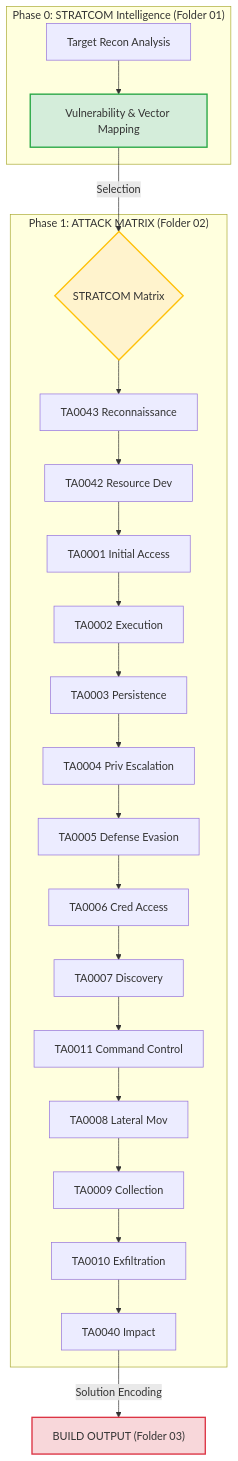
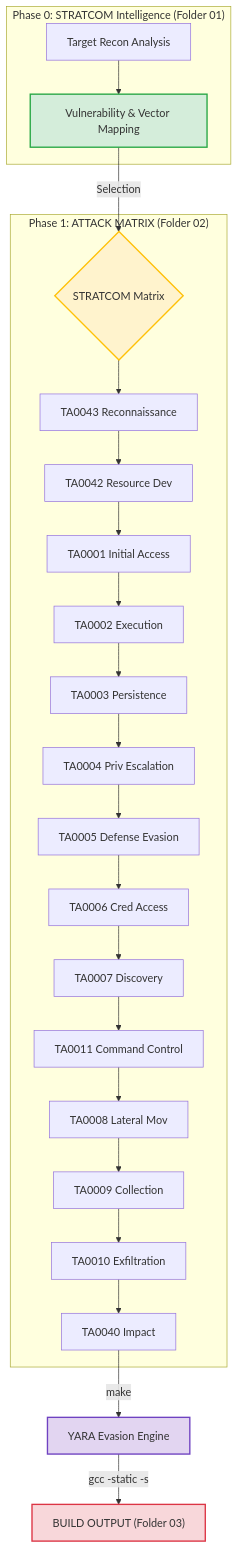
One commit to j3susangar1ca/infraestructura changed the diagram in README.md. Above: the diagram before and after it, drawn with Mermaid. The commit also changed other lines of this file, not shown here.

````diff
--- a/README.md
+++ b/README.md
@@ -25,31 +26,33 @@
 ```mermaid
 graph TD
     subgraph "Phase 0: STRATCOM Intelligence (Folder 01)"
         A1[Target Recon Analysis] --> A2["Vulnerability & Vector Mapping"]
     end
 
     A2 -->|Selection| B{"STRATCOM Matrix"}
 
     subgraph "Phase 1: ATTACK MATRIX (Folder 02)"
         B --> TA43["TA0043 Reconnaissance"]
         TA43 --> TA42["TA0042 Resource Dev"]
         TA42 --> TA01["TA0001 Initial Access"]
         TA01 --> TA02["TA0002 Execution"]
         TA02 --> TA03["TA0003 Persistence"]
         TA03 --> TA04["TA0004 Priv Escalation"]
         TA04 --> TA05["TA0005 Defense Evasion"]
         TA05 --> TA06["TA0006 Cred Access"]
         TA06 --> TA07["TA0007 Discovery"]
         TA07 --> TA11["TA0011 Command Control"]
         TA11 --> TA08["TA0008 Lateral Mov"]
         TA08 --> TA09["TA0009 Collection"]
         TA09 --> TA10["TA0010 Exfiltration"]
         TA10 --> TA40["TA0040 Impact"]
     end
 
-    TA40 -->|Solution Encoding| C["BUILD OUTPUT (Folder 03)"]
+    TA40 -->|"make"| D["YARA Evasion Engine"]
+    D -->|"gcc -static -s"| C["BUILD OUTPUT (Folder 03)"]
 
     style A2 fill:#d4edda,stroke:#28a745,stroke-width:2px
     style B fill:#fff3cd,stroke:#ffc107,stroke-width:2px
+    style D fill:#e2d5f1,stroke:#6f42c1,stroke-width:2px
     style C fill:#f8d7da,stroke:#dc3545,stroke-width:2px
 ```
````
